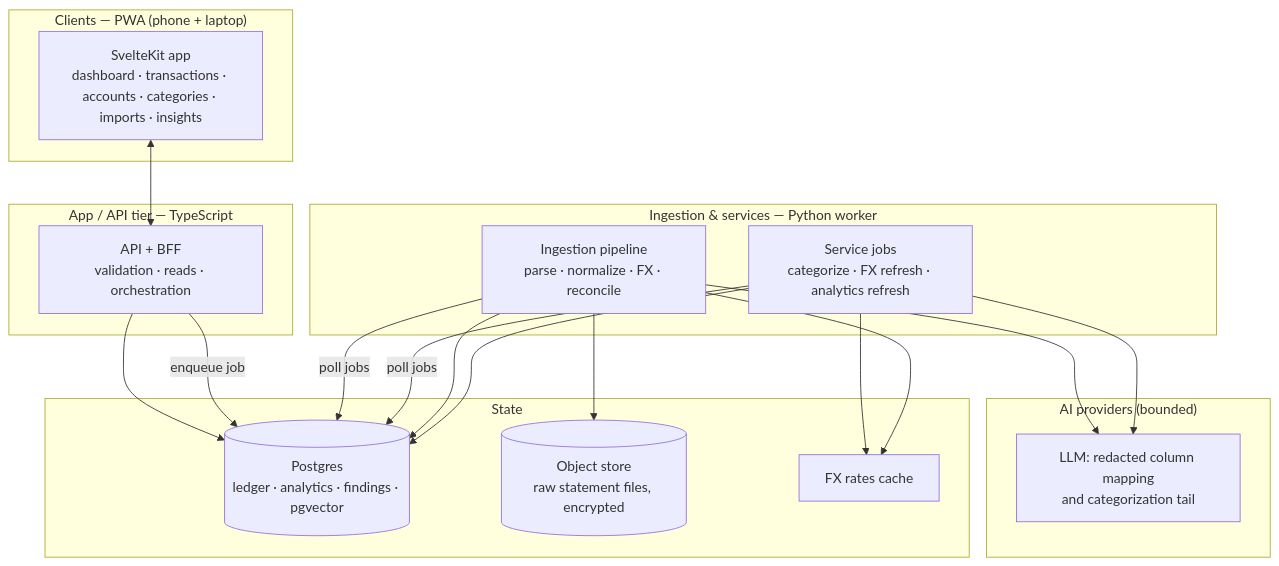
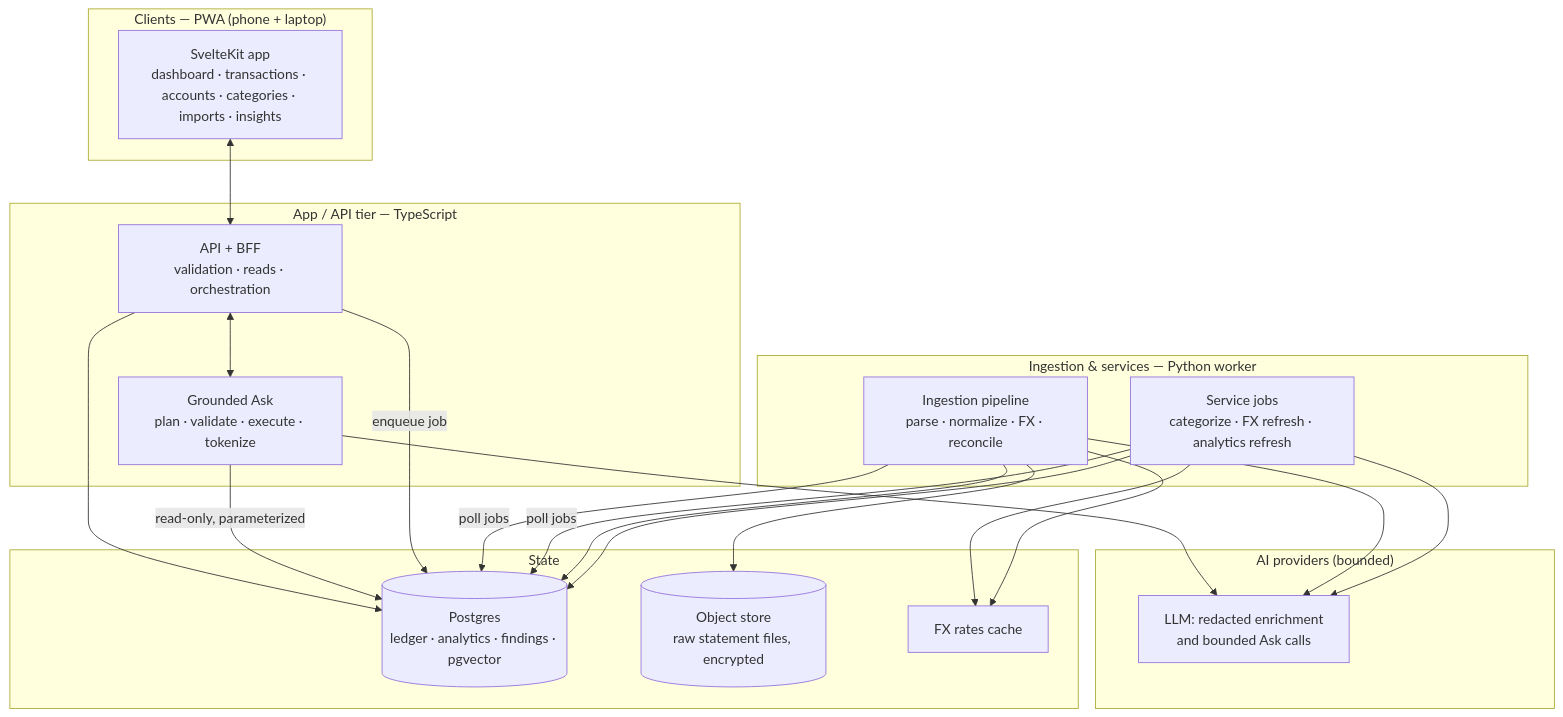
Before and after one commit to Shady-C/ledger: the first of 5 diagrams in docs/ARCHITECTURE.md, drawn with Mermaid. The commit also changed other lines of this file and 10 other files, not shown here.

First line of the commit message:
docs(phase3): define bounded Ask architecture [N/A]

````diff
--- a/docs/ARCHITECTURE.md
+++ b/docs/ARCHITECTURE.md
@@ -62,38 +65,42 @@
 ```mermaid
 flowchart TB
     subgraph Client["Clients — PWA (phone + laptop)"]
         UI["SvelteKit app<br/>dashboard · transactions · accounts · categories · imports · insights"]
     end
 
     subgraph Edge["App / API tier — TypeScript"]
         API["API + BFF<br/>validation · reads · orchestration"]
+        ASK["Grounded Ask<br/>plan · validate · execute · tokenize"]
     end
 
     subgraph Work["Ingestion & services — Python worker"]
         ING["Ingestion pipeline<br/>parse · normalize · FX · reconcile"]
         SVC["Service jobs<br/>categorize · FX refresh · analytics refresh"]
     end
 
     subgraph AI["AI providers (bounded)"]
-        LLM["LLM: redacted column mapping<br/>and categorization tail"]
+        LLM["LLM: redacted enrichment<br/>and bounded Ask calls"]
     end
 
     subgraph Data["State"]
         PG[("Postgres<br/>ledger · analytics · findings · pgvector")]
         OBJ[("Object store<br/>raw statement files, encrypted")]
         FX["FX rates cache"]
     end
 
     UI <--> API
+    API <--> ASK
     API --> PG
+    ASK -->|"read-only, parameterized"| PG
+    ASK --> LLM
     API -- enqueue job --> PG
     ING -- poll jobs --> PG
     SVC -- poll jobs --> PG
     ING --> OBJ
     ING --> LLM
     ING --> PG
     SVC --> LLM
     SVC --> FX
     SVC --> PG
     ING --> FX
 ```
````
